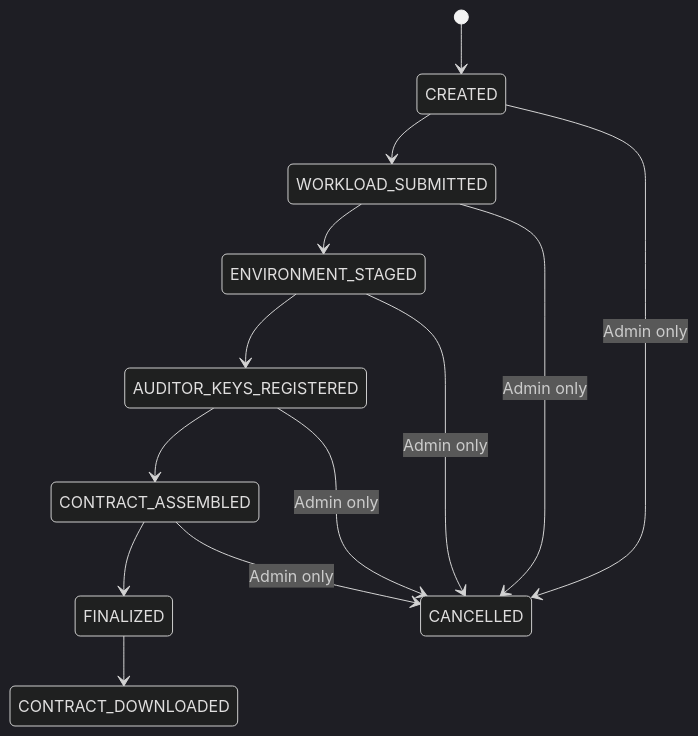
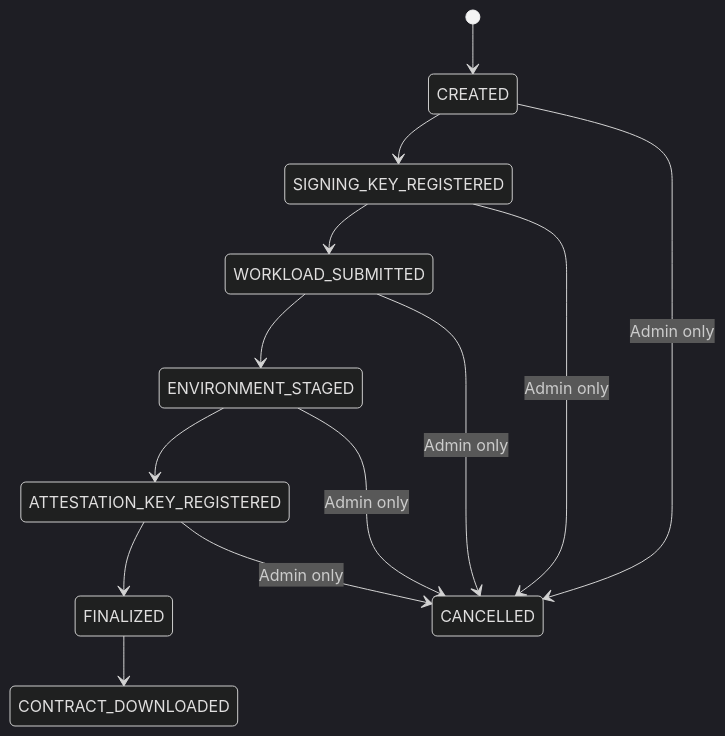
One commit to Sashwat-K/persona-based-contract-generator changed the first of 4 diagrams in Design/1-high-level-design.md. Above: the diagram before and after it, drawn with Mermaid (dark theme). The commit also changed other lines of this file and 4 other files, not shown here.

````diff
--- a/Design/1-high-level-design.md
+++ b/Design/1-high-level-design.md
@@ -321,15 +359,15 @@
 ```mermaid
 stateDiagram-v2
     [*] --> CREATED
-    CREATED --> WORKLOAD_SUBMITTED
+    CREATED --> SIGNING_KEY_REGISTERED
+    SIGNING_KEY_REGISTERED --> WORKLOAD_SUBMITTED
     WORKLOAD_SUBMITTED --> ENVIRONMENT_STAGED
-    ENVIRONMENT_STAGED --> AUDITOR_KEYS_REGISTERED
-    AUDITOR_KEYS_REGISTERED --> CONTRACT_ASSEMBLED
-    CONTRACT_ASSEMBLED --> FINALIZED
+    ENVIRONMENT_STAGED --> ATTESTATION_KEY_REGISTERED
+    ATTESTATION_KEY_REGISTERED --> FINALIZED
     FINALIZED --> CONTRACT_DOWNLOADED
     CREATED --> CANCELLED : Admin only
+    SIGNING_KEY_REGISTERED --> CANCELLED : Admin only
     WORKLOAD_SUBMITTED --> CANCELLED : Admin only
     ENVIRONMENT_STAGED --> CANCELLED : Admin only
-    AUDITOR_KEYS_REGISTERED --> CANCELLED : Admin only
-    CONTRACT_ASSEMBLED --> CANCELLED : Admin only
+    ATTESTATION_KEY_REGISTERED --> CANCELLED : Admin only
 ```
````
